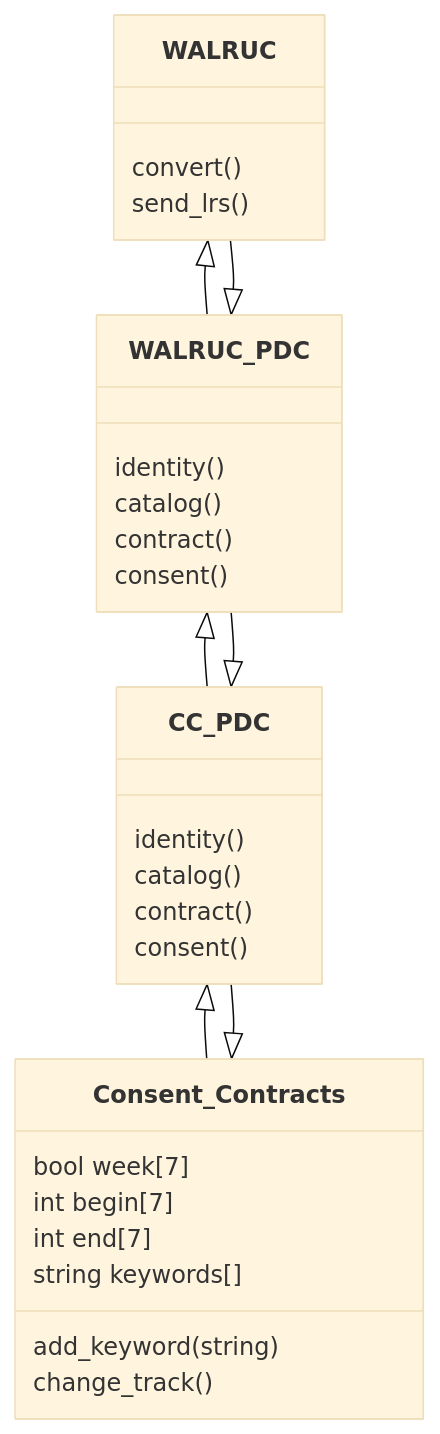
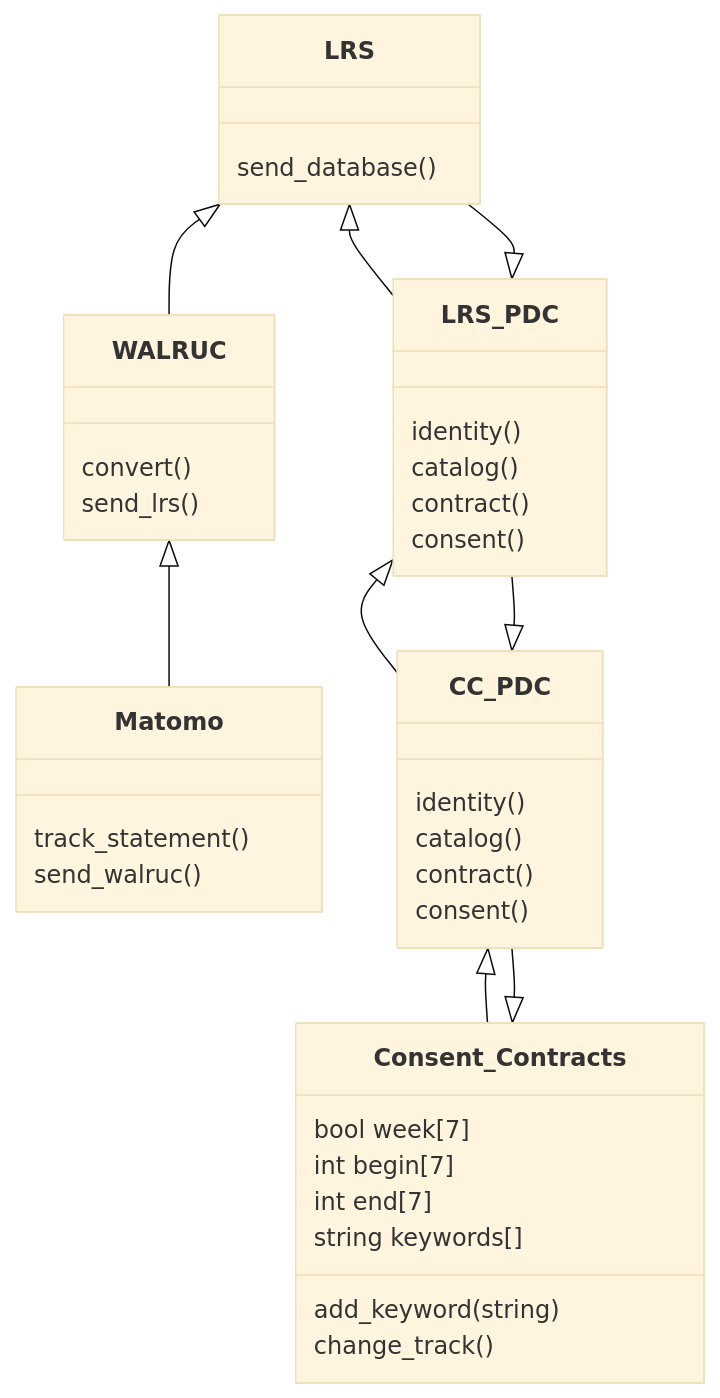
One commit to Prometheus-X-association/walruc changed the third of 4 diagrams in docs/design-document.md. Above: the diagram before and after it, drawn with Mermaid (base theme). The commit also changed other lines of this file, not shown here.

````diff
--- a/docs/design-document.md
+++ b/docs/design-document.md
@@ -322,31 +336,36 @@
 ```mermaid
 classDiagram
-   WALRUC <|-- WALRUC_PDC
-   WALRUC_PDC <|-- WALRUC
-   WALRUC_PDC <|-- CC_PDC
-   CC_PDC <|-- WALRUC_PDC
+   WALRUC <|-- Matomo
+   LRS <|-- WALRUC
+   LRS <|-- LRS_PDC
+   LRS_PDC <|-- LRS
+   LRS_PDC <|-- CC_PDC
+   CC_PDC <|-- LRS_PDC
    CC_PDC <|-- Consent_Contracts
    Consent_Contracts <|-- CC_PDC
    WALRUC: convert()
    WALRUC: send_lrs()
-   class WALRUC_PDC{
+   Matomo: track_statement()
+   Matomo: send_walruc()
+   LRS: send_database()
+   class LRS_PDC{
      identity()
      catalog()
      contract()
      consent()
    }
    class CC_PDC{
      identity()
      catalog()
      contract()
      consent()
    }
    class Consent_Contracts{
      bool week[7]
      int begin[7]
      int end[7]
      string keywords[]
      add_keyword(string)
      change_track()
    }
 ```
````
